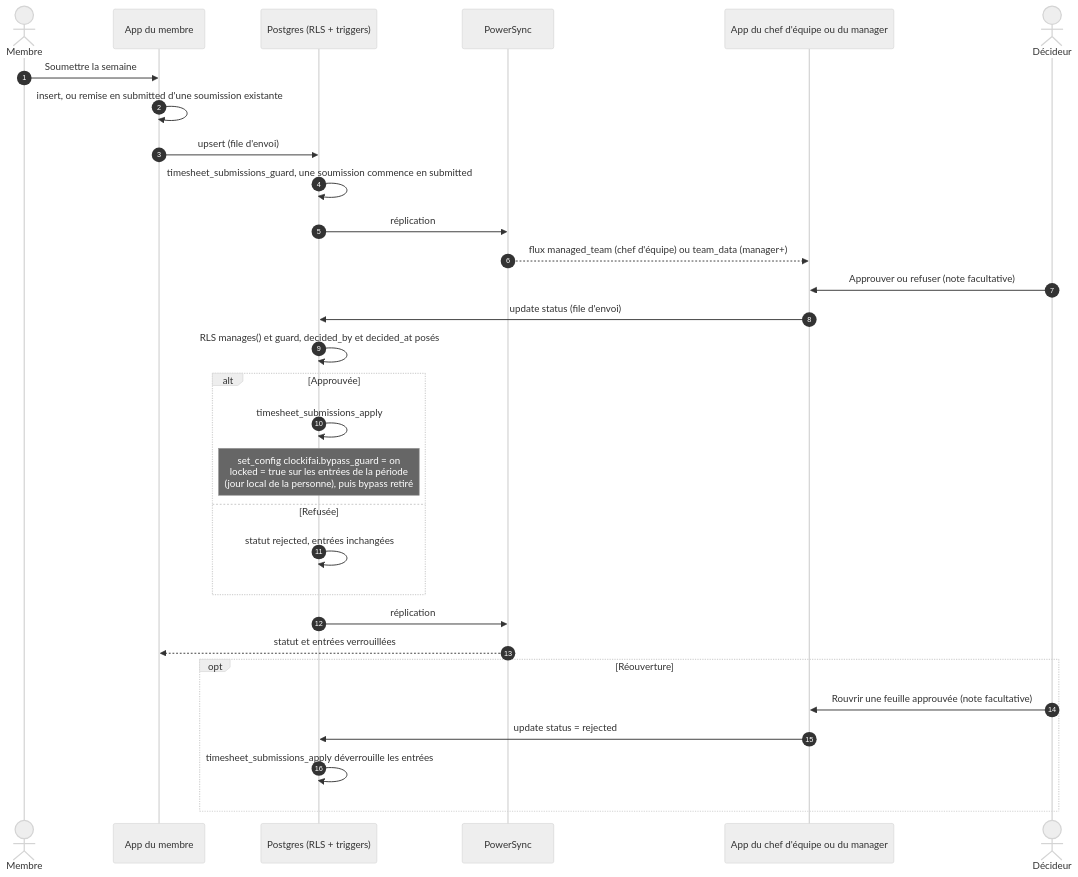
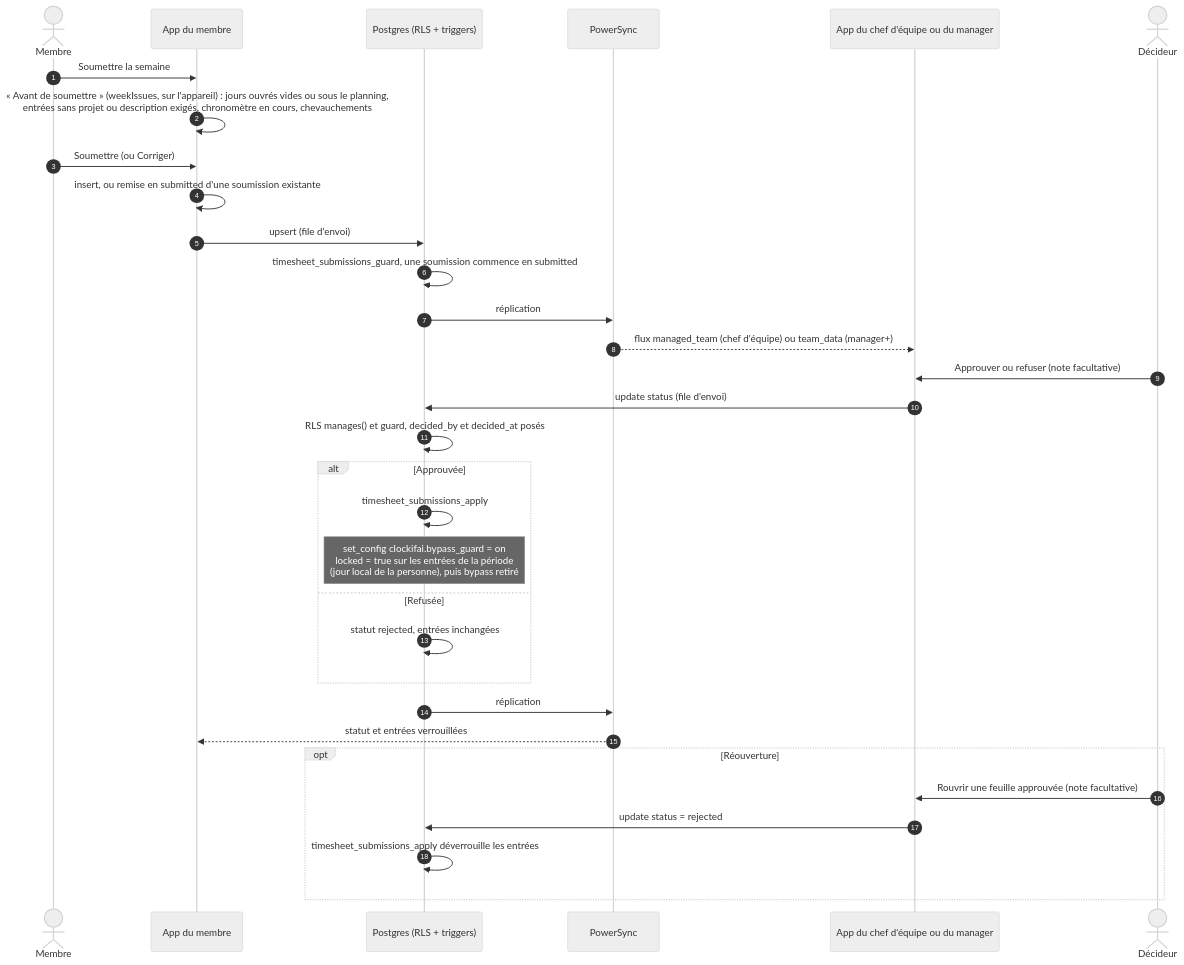
One commit to ysimonx/Clockifai changed the diagram in docs/api/sequences/feuille-de-temps.md. Above: the diagram before and after it, drawn with Mermaid (neutral theme). The commit also changed 15 other files, not shown here.

First line of the commit message:
Plan 13, lot 5 : la semaine, trois vues, planning, copie, vérification avant soumission

````diff
--- a/docs/api/sequences/feuille-de-temps.md
+++ b/docs/api/sequences/feuille-de-temps.md
@@ -7,33 +7,35 @@
 ```mermaid
 sequenceDiagram
     autonumber
     actor M as Membre
     participant A as App du membre
     participant PG as Postgres (RLS + triggers)
     participant PS as PowerSync
     participant C as App du chef d'équipe ou du manager
     actor D as Décideur
 
     M->>A: Soumettre la semaine
+    A->>A: « Avant de soumettre » (weekIssues, sur l'appareil) : jours ouvrés vides ou sous le planning,<br/>entrées sans projet ou description exigés, chronomètre en cours, chevauchements
+    M->>A: Soumettre (ou Corriger)
     A->>A: insert, ou remise en submitted d'une soumission existante
     A->>PG: upsert (file d'envoi)
     PG->>PG: timesheet_submissions_guard, une soumission commence en submitted
     PG->>PS: réplication
     PS-->>C: flux managed_team (chef d'équipe) ou team_data (manager+)
     D->>C: Approuver ou refuser (note facultative)
     C->>PG: update status (file d'envoi)
     PG->>PG: RLS manages() et guard, decided_by et decided_at posés
     alt Approuvée
         PG->>PG: timesheet_submissions_apply
         Note over PG: set_config clockifai.bypass_guard = on<br/>locked = true sur les entrées de la période<br/>(jour local de la personne), puis bypass retiré
     else Refusée
         PG->>PG: statut rejected, entrées inchangées
     end
     PG->>PS: réplication
     PS-->>A: statut et entrées verrouillées
     opt Réouverture
         D->>C: Rouvrir une feuille approuvée (note facultative)
         C->>PG: update status = rejected
         PG->>PG: timesheet_submissions_apply déverrouille les entrées
     end
 ```
````
